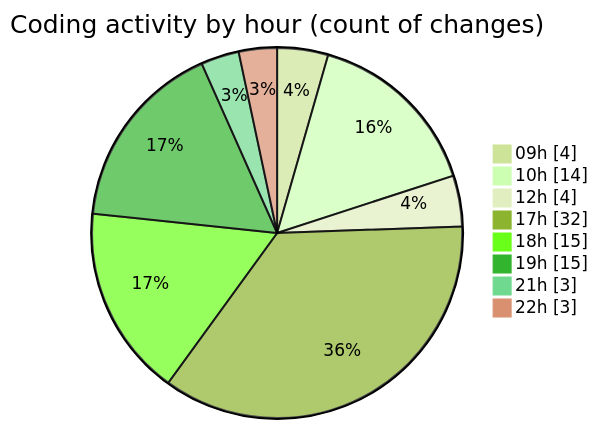
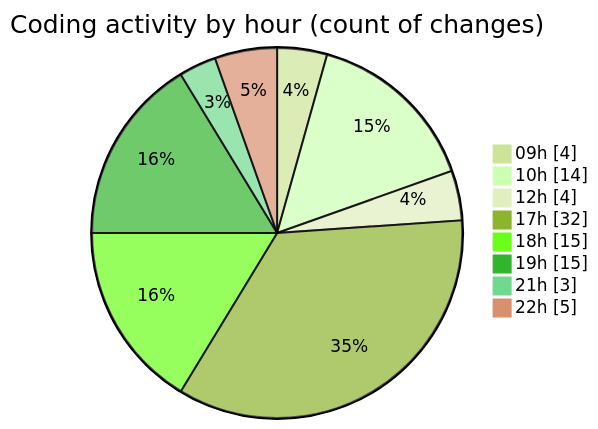
Before and after one commit to Elitesun/code-tracking: the second of 2 diagrams in 2025-05-06/niten/README.md, drawn with Mermaid (forest theme). The commit also changed other lines of this file and 1 other file, not shown here.

````diff
--- a/2025-05-06/niten/README.md
+++ b/2025-05-06/niten/README.md
@@ -61,12 +61,12 @@
 ```mermaid
 pie showData
 title Coding activity by hour (count of changes)
 "09h" : 4
 "10h" : 14
 "12h" : 4
 "17h" : 32
 "18h" : 15
 "19h" : 15
 "21h" : 3
-"22h" : 3
+"22h" : 5
 ```
````
